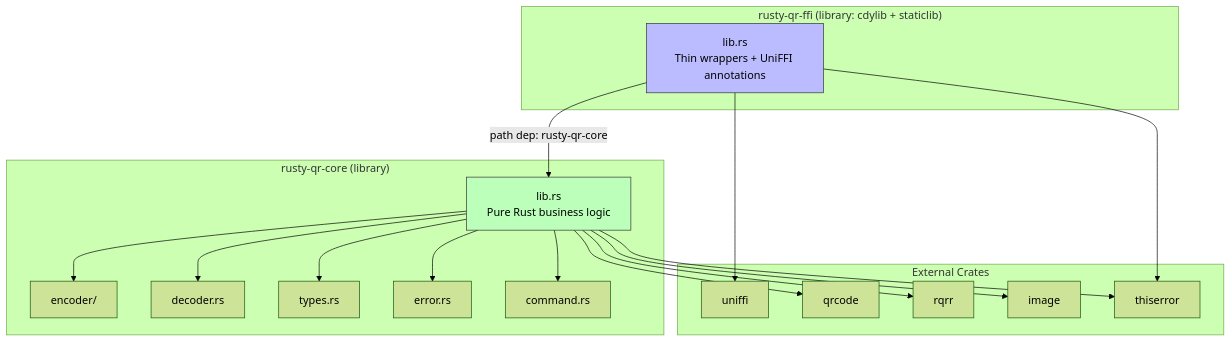
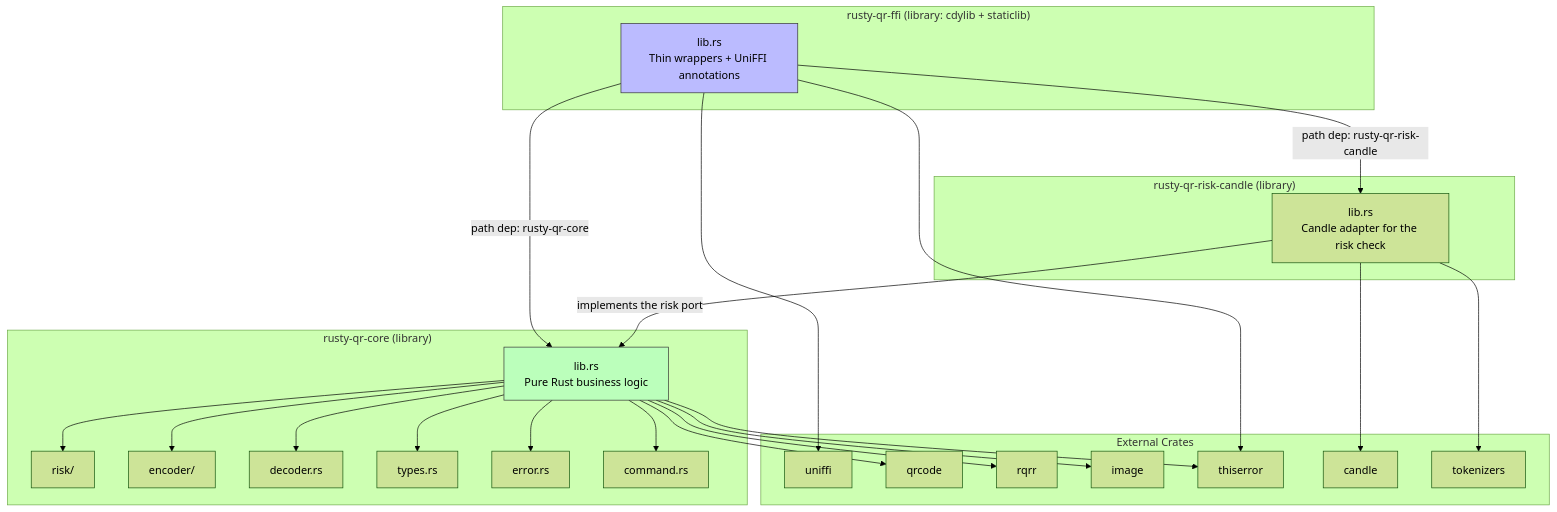
One commit to prasannajeet/RustyQR changed the first of 8 diagrams in rustySDK/README.md. Above: the diagram before and after it, drawn with Mermaid (forest theme). The commit also changed 1 other file, not shown here.

Commit message:
docs(risk): add adapter crate to crate diagrams
Claude-Session: https://claude.ai/code/session_01AYXnipcpyohYw2SV2KkYLj

````diff
--- a/rustySDK/README.md
+++ b/rustySDK/README.md
@@ -175,41 +175,53 @@
 ```mermaid
 graph TD
     subgraph "rusty-qr-ffi (library: cdylib + staticlib)"
         FFI[lib.rs<br/>Thin wrappers + UniFFI annotations]
     end
 
+    subgraph "rusty-qr-risk-candle (library)"
+        RISK[lib.rs<br/>Candle adapter for the risk check]
+    end
+
     subgraph "rusty-qr-core (library)"
         CORE[lib.rs<br/>Pure Rust business logic]
+        RSK[risk/]
         ENC[encoder/]
         DEC[decoder.rs]
         TYP[types.rs]
         ERR[error.rs]
         CMD[command.rs]
     end
 
     subgraph "External Crates"
         UNIFFI[uniffi]
         QRCODE[qrcode]
         RQRR[rqrr]
         IMG[image]
         THISERR[thiserror]
+        CANDLE[candle]
+        TOK[tokenizers]
     end
 
     FFI -->|"path dep: rusty-qr-core"| CORE
     FFI --> UNIFFI
     FFI --> THISERR
+    FFI -->|"path dep: rusty-qr-risk-candle"| RISK
+    RISK -->|"implements the risk port"| CORE
+    RISK --> CANDLE
+    RISK --> TOK
 
     CORE --> QRCODE
     CORE --> RQRR
     CORE --> IMG
     CORE --> THISERR
 
     CORE --> ENC
     CORE --> DEC
     CORE --> TYP
     CORE --> ERR
     CORE --> CMD
+    CORE --> RSK
 
     style FFI fill:#bbf,stroke:#333
     style CORE fill:#bfb,stroke:#333
 ```
````
